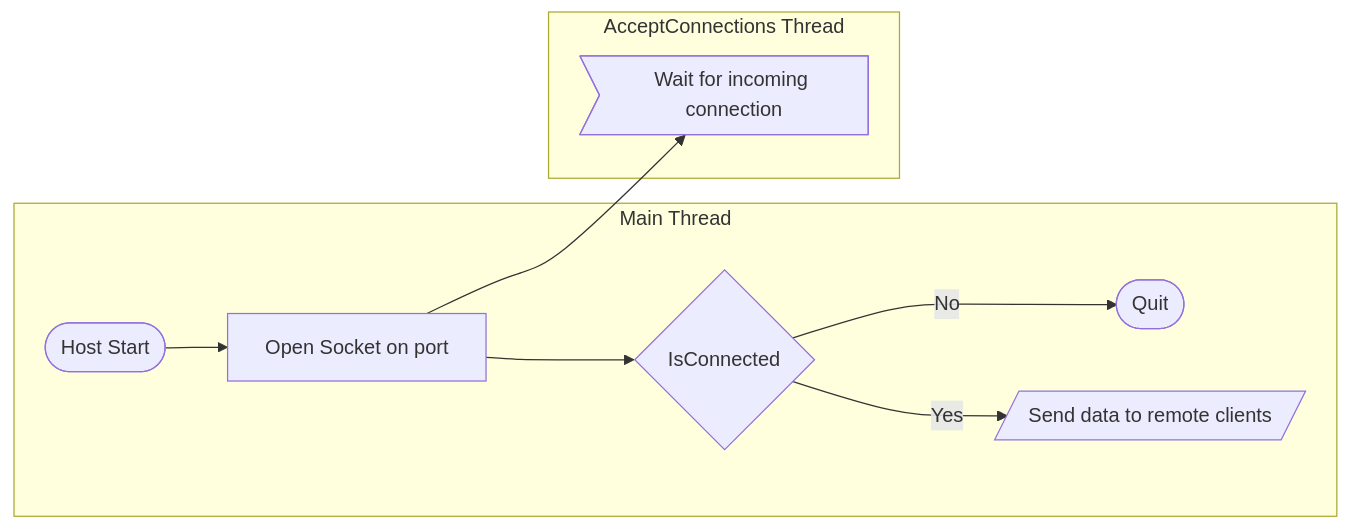
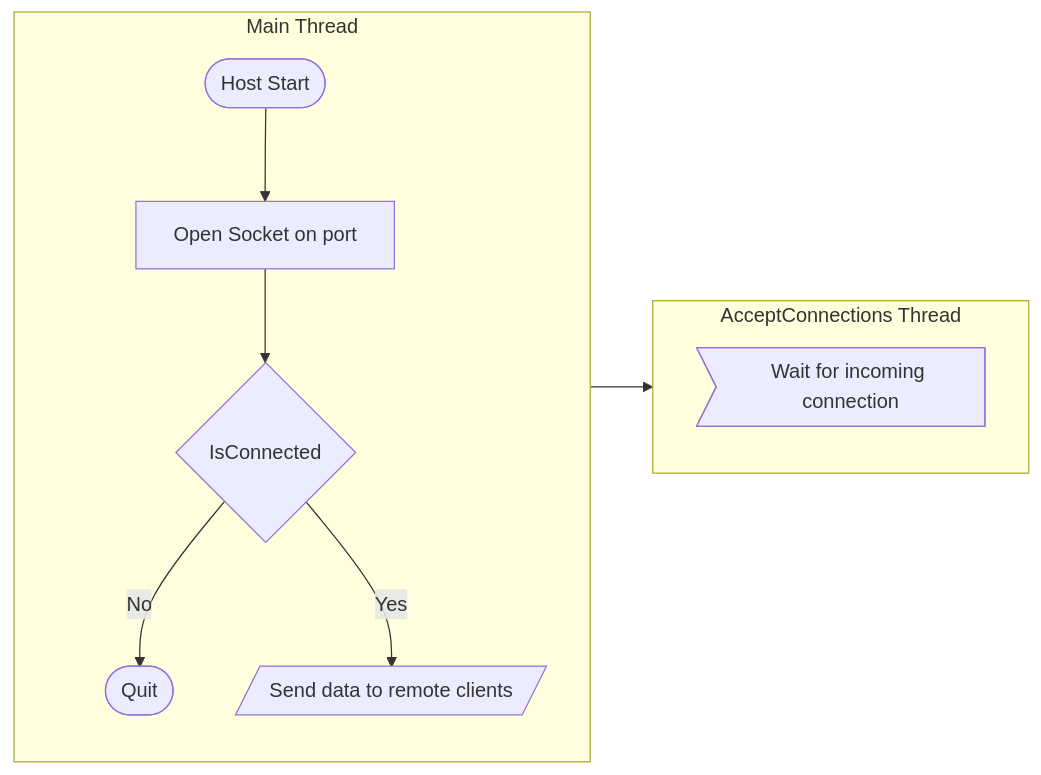
One commit to GMcMichael/ThornNetworking changed the diagram in README.md. Above: the diagram before and after it, drawn with Mermaid.

````diff
--- a/README.md
+++ b/README.md
@@ -1,12 +1,14 @@
 ```mermaid
 flowchart LR
-  subgraph mt [Main Thread]
+  subgraph mt [Main Thread]
+    direction TB
     A([Host Start]) --> B[Open Socket on port]
     B-->C{IsConnected}
     C-- No -->D([Quit])
     C-- Yes -->E[/Send data to remote clients/]
   end
   subgraph act [AcceptConnections Thread]
+    direction TB
     B-->F>Wait for incoming connection]
   end
 ```
````
